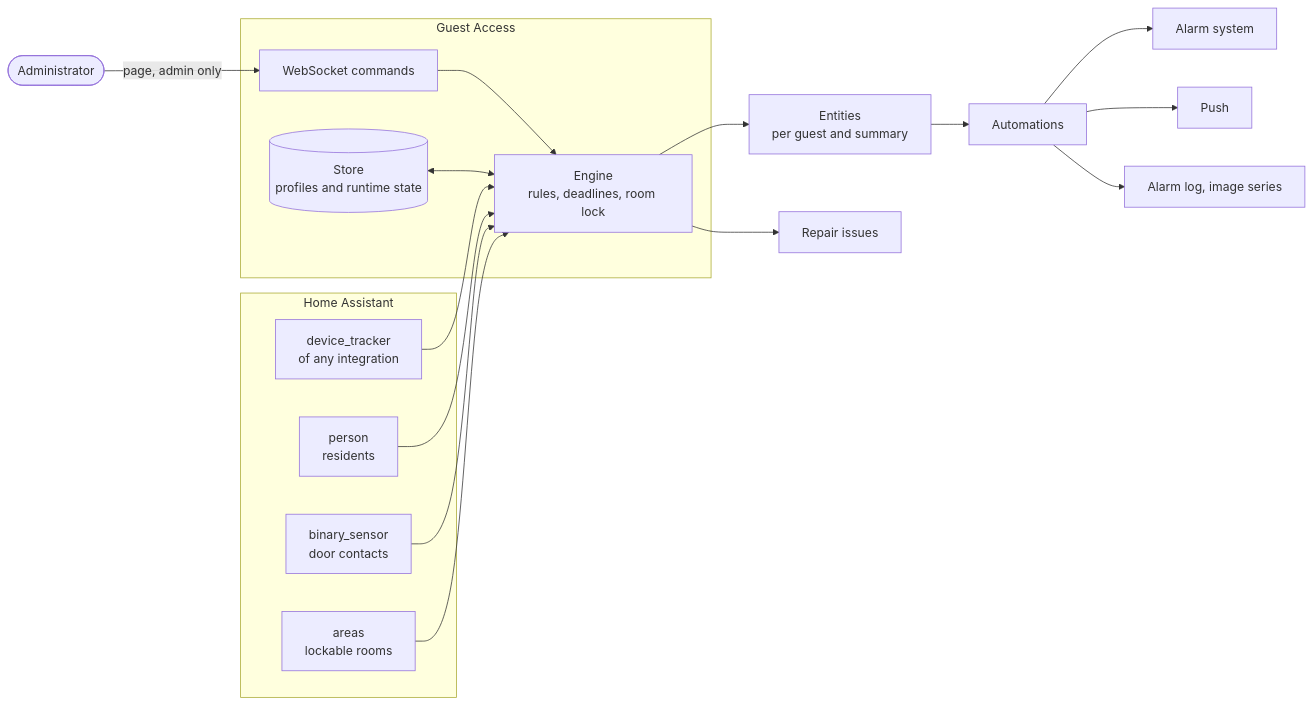
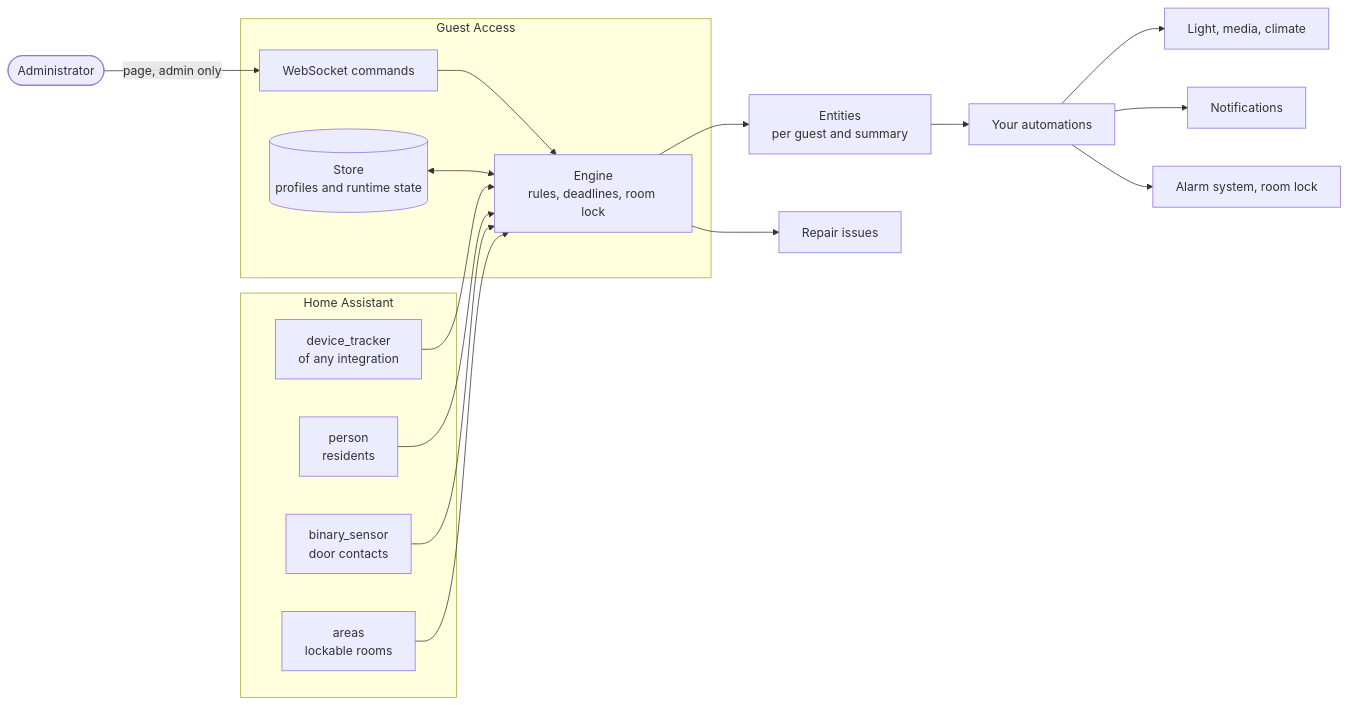
The first of 4 diagrams in README.md (n-schilling/ha-guest-access), drawn with Mermaid before and after one commit. The commit also changed other lines of this file and 20 other files, not shown here.

````diff
--- a/README.md
+++ b/README.md
@@ -13,24 +13,24 @@
 ```mermaid
 flowchart LR
     admin(["Administrator"]) -->|"page, admin only"| ws["WebSocket commands"]
     subgraph ha["Home Assistant"]
         trackers["device_tracker<br/>of any integration"]
         persons["person<br/>residents"]
         doors["binary_sensor<br/>door contacts"]
         areas["areas<br/>lockable rooms"]
     end
     subgraph ga["Guest Access"]
         ws --> engine["Engine<br/>rules, deadlines, room lock"]
         store[("Store<br/>profiles and runtime state")] <--> engine
     end
     trackers --> engine
     persons --> engine
     doors --> engine
     areas --> engine
     engine --> entities["Entities<br/>per guest and summary"]
     engine --> repairs["Repair issues"]
-    entities --> automations["Automations"]
-    automations --> alarm["Alarm system"]
-    automations --> push["Push"]
-    automations --> log["Alarm log, image series"]
+    entities --> automations["Your automations"]
+    automations --> comfort["Light, media, climate"]
+    automations --> notify["Notifications"]
+    automations --> security["Alarm system, room lock"]
 ```
````
